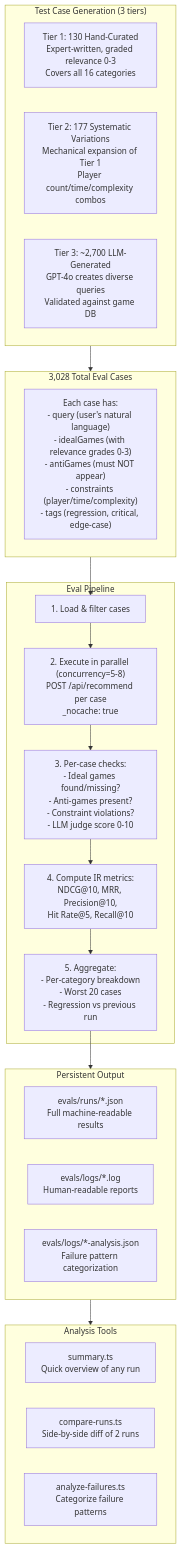
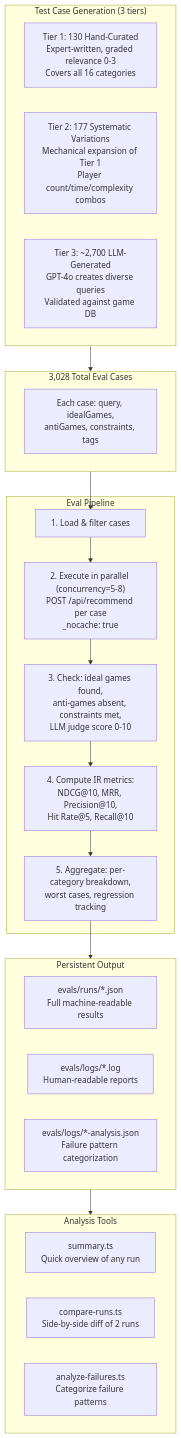
One commit to stopitdan/recommendagame changed the seventh of 11 diagrams in docs/TECHNICAL-REVIEW-PACKET.md. Above: the diagram before and after it, drawn with Mermaid. The commit also changed other lines of this file and 2 other files, not shown here.

First line of the commit message:
Fix mermaid diagrams: simplify nodes that caused 'Unsupported markdown: list'

````diff
--- a/docs/TECHNICAL-REVIEW-PACKET.md
+++ b/docs/TECHNICAL-REVIEW-PACKET.md
@@ -430,35 +430,35 @@
 ```mermaid
 graph TB
     subgraph Generation["Test Case Generation (3 tiers)"]
         HAND["Tier 1: 130 Hand-Curated<br/>Expert-written, graded relevance 0-3<br/>Covers all 16 categories"]
         EXPAND["Tier 2: 177 Systematic Variations<br/>Mechanical expansion of Tier 1<br/>Player count/time/complexity combos"]
         LLM_GEN["Tier 3: ~2,700 LLM-Generated<br/>GPT-4o creates diverse queries<br/>Validated against game DB"]
     end
 
     subgraph Cases["3,028 Total Eval Cases"]
-        STRUCT["Each case has:<br/>- query (user's natural language)<br/>- idealGames (with relevance grades 0-3)<br/>- antiGames (must NOT appear)<br/>- constraints (player/time/complexity)<br/>- tags (regression, critical, edge-case)"]
+        STRUCT["Each case: query, idealGames,<br/>antiGames, constraints, tags"]
     end
 
     subgraph Pipeline["Eval Pipeline"]
         LOAD["1. Load & filter cases"]
         EXEC["2. Execute in parallel (concurrency=5-8)<br/>POST /api/recommend per case<br/>_nocache: true"]
-        CHECK["3. Per-case checks:<br/>- Ideal games found/missing?<br/>- Anti-games present?<br/>- Constraint violations?<br/>- LLM judge score 0-10"]
+        CHECK["3. Check: ideal games found,<br/>anti-games absent, constraints met,<br/>LLM judge score 0-10"]
         IR["4. Compute IR metrics:<br/>NDCG@10, MRR, Precision@10,<br/>Hit Rate@5, Recall@10"]
-        AGG["5. Aggregate:<br/>- Per-category breakdown<br/>- Worst 20 cases<br/>- Regression vs previous run"]
+        AGG["5. Aggregate: per-category breakdown,<br/>worst cases, regression tracking"]
     end
 
     subgraph Output["Persistent Output"]
         JSON["evals/runs/*.json<br/>Full machine-readable results"]
         LOG["evals/logs/*.log<br/>Human-readable reports"]
         ANALYSIS["evals/logs/*-analysis.json<br/>Failure pattern categorization"]
     end
 
     subgraph Tools["Analysis Tools"]
         SUMMARY["summary.ts<br/>Quick overview of any run"]
         COMPARE["compare-runs.ts<br/>Side-by-side diff of 2 runs"]
         FAIL["analyze-failures.ts<br/>Categorize failure patterns"]
     end
 
     Generation --> Cases --> LOAD --> EXEC --> CHECK --> IR --> AGG --> Output
     Output --> Tools
 ```
````
